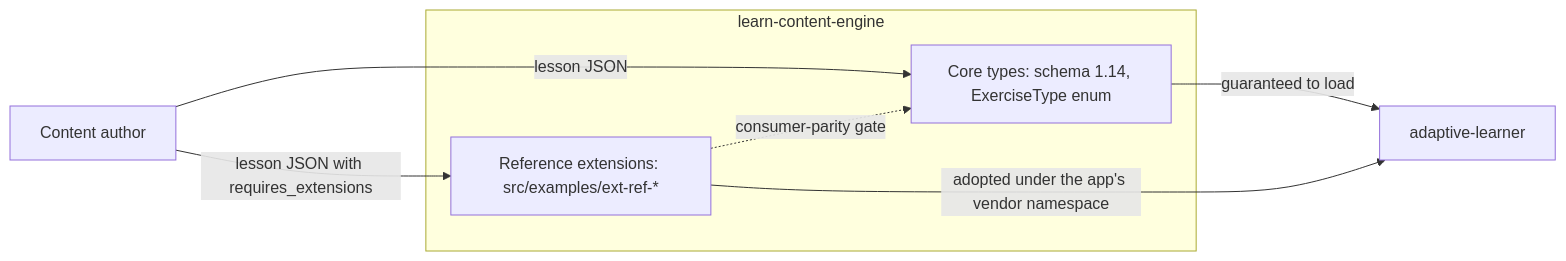
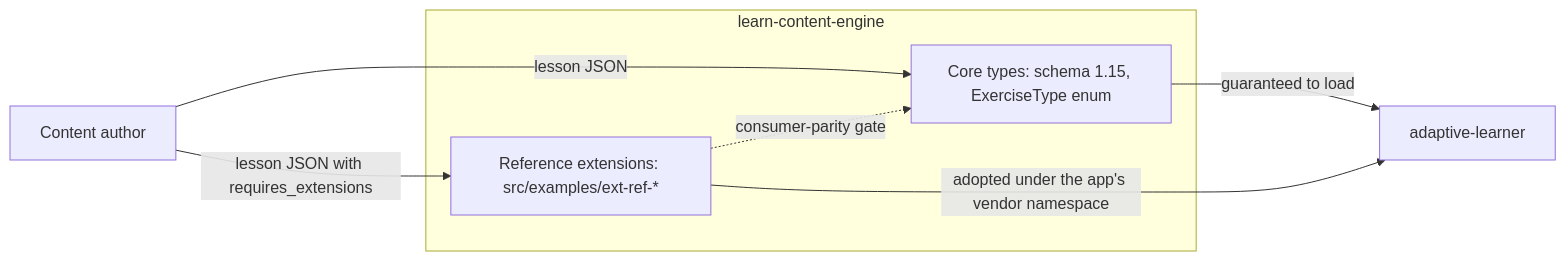
Before and after one commit to astrapi69/learn-content-engine: the first of 7 diagrams in docs/comparative-analysis.md, drawn with Mermaid. The commit also changed other lines of this file and 4 other files, not shown here.

````diff
--- a/docs/comparative-analysis.md
+++ b/docs/comparative-analysis.md
@@ -189,12 +189,12 @@
 ```mermaid
 flowchart LR
   Author[Content author] -->|lesson JSON| Core
   Author -->|lesson JSON with requires_extensions| Ref
   subgraph Engine[learn-content-engine]
-    Core[Core types: schema 1.14, ExerciseType enum]
+    Core[Core types: schema 1.15, ExerciseType enum]
     Ref[Reference extensions: src/examples/ext-ref-*]
   end
   Core -->|guaranteed to load| App[adaptive-learner]
   Ref -->|adopted under the app's vendor namespace| App
   Ref -.->|consumer-parity gate| Core
 ```
````
